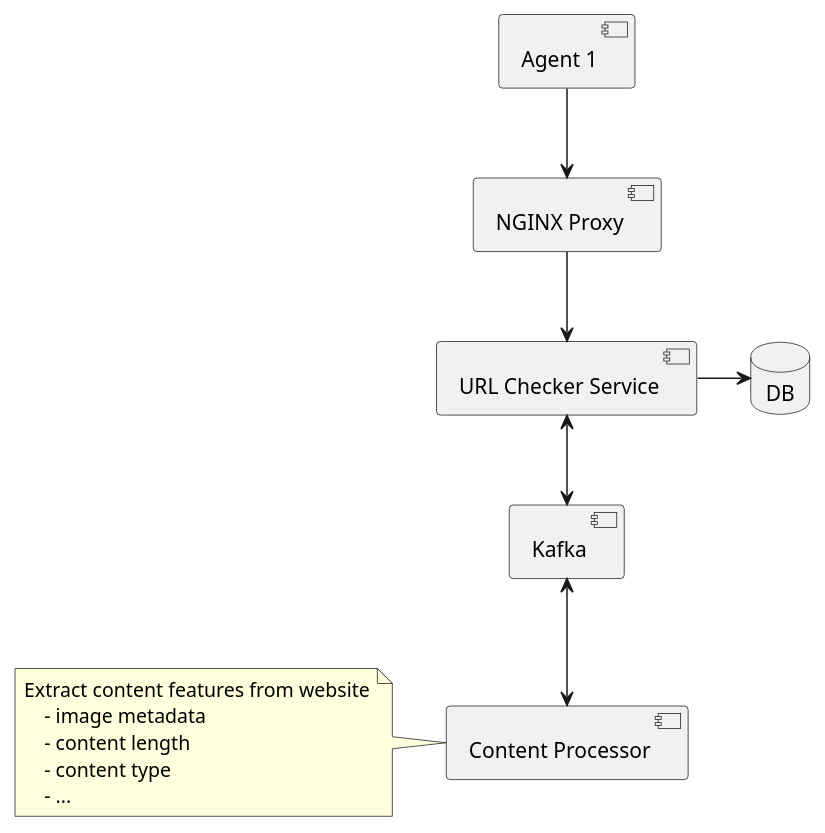
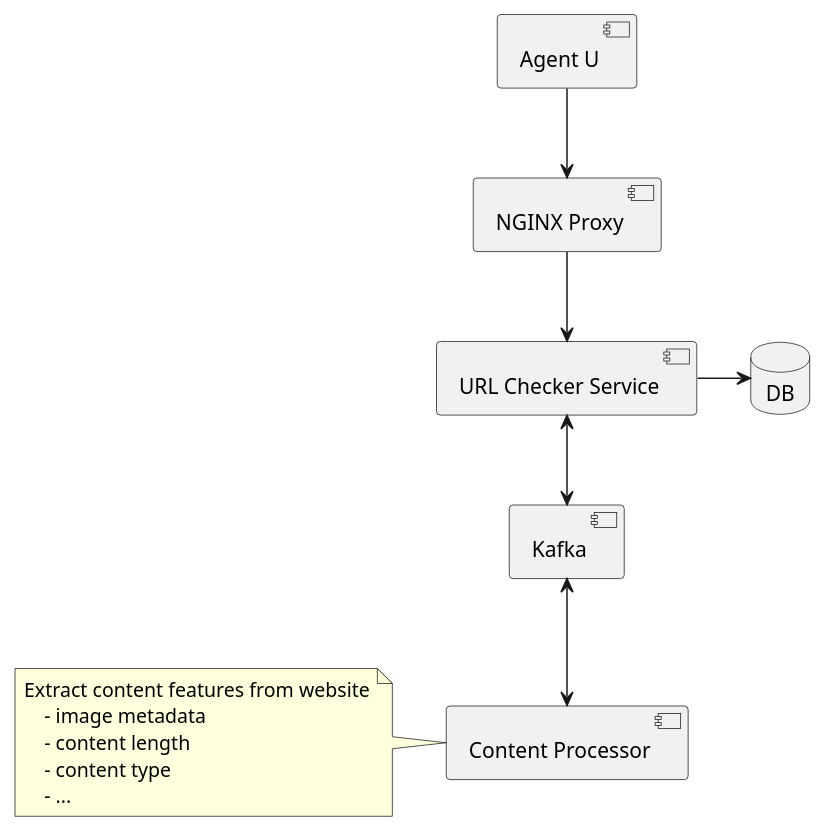
Before and after one commit to dainius-vaznys-cujo/puml-test-diagrams: the diagram in url-checker-content.puml, drawn with PlantUML.

Commit message:
update: U

```diff
--- a/url-checker-content.puml
+++ b/url-checker-content.puml
@@ -1,25 +1,25 @@
 @startuml
 
-    component "Agent 1" as ag
+    component "Agent U" as ag
     component "URL Checker Service" as ucs
     component "Content Processor" as cp
     note left
             Extract content features from website
                 - image metadata
                 - content length
                 - content type
                 - ...
     end note
     component "NGINX Proxy" as proxy
     component "Kafka" as kafka
     database "DB" as db
 
     ag -down-> proxy
     proxy -down-> ucs
     ucs <-down-> kafka
     kafka <--> cp
     ucs -> db
 
 
 
 @enduml
```
